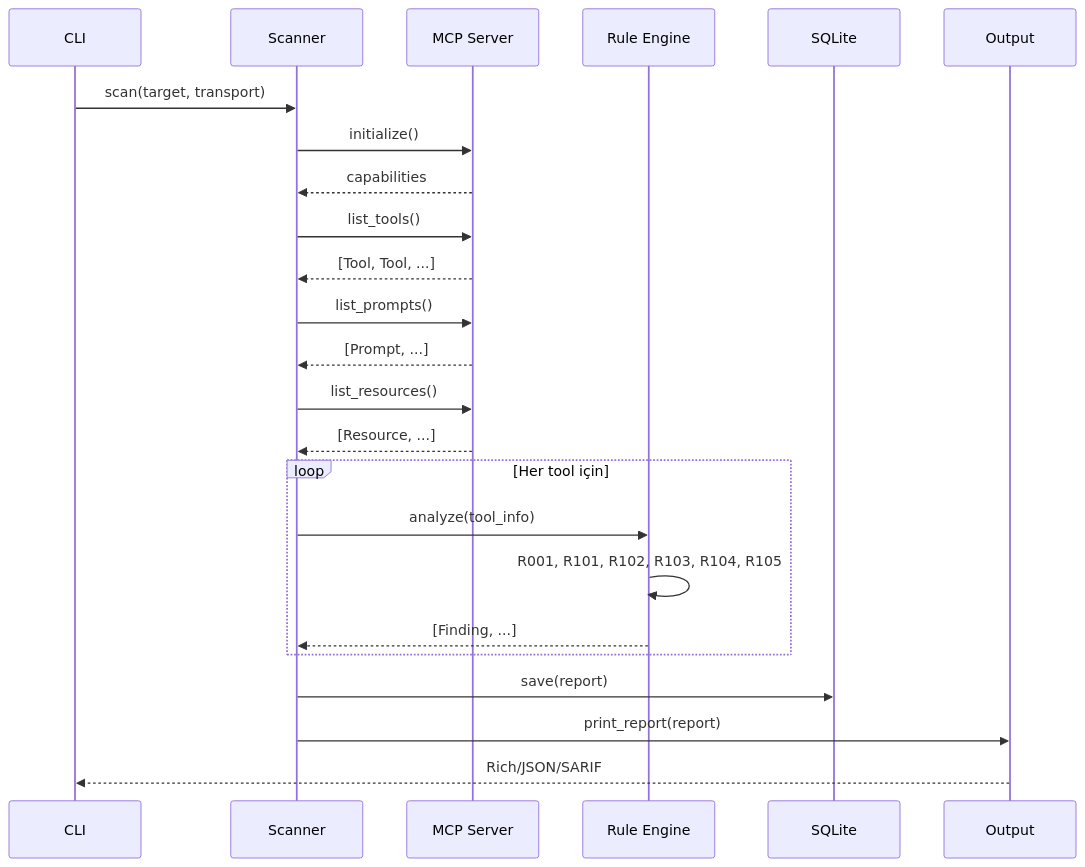
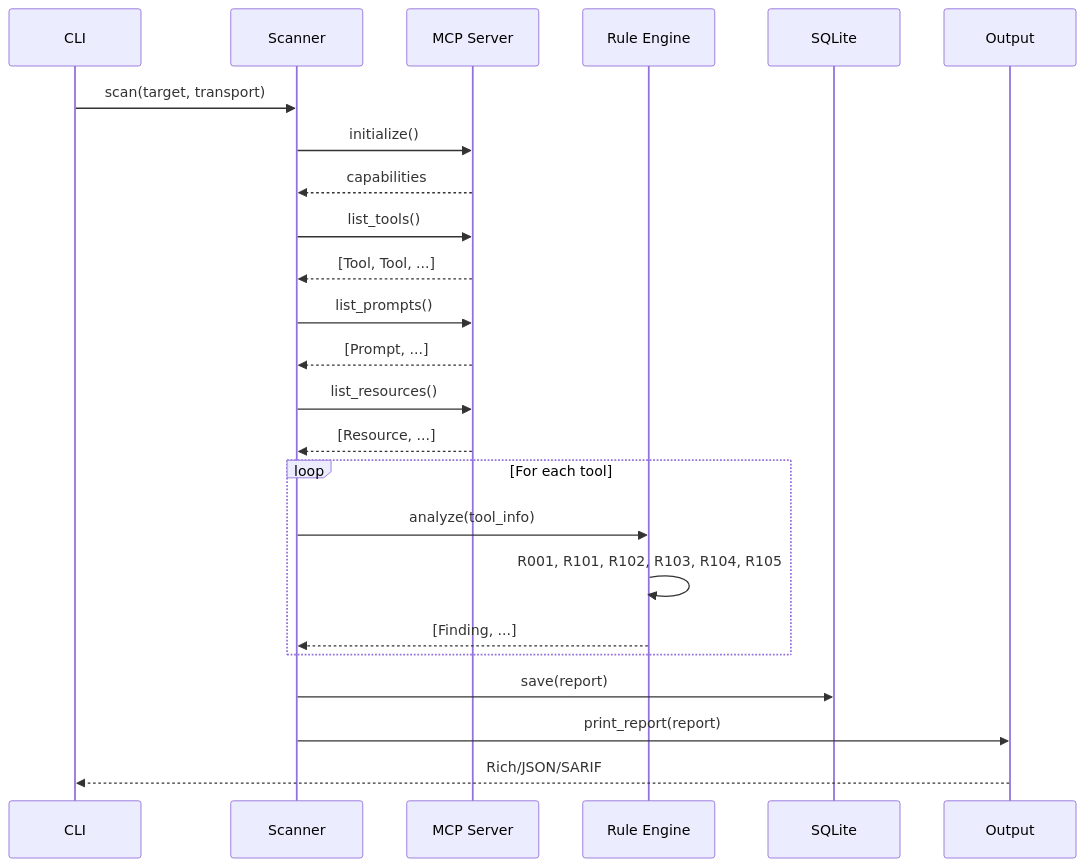
One commit to yatuk/mcpradar changed the diagram in docs/architecture.md. Above: the diagram before and after it, drawn with Mermaid. The commit also changed other lines of this file and 51 other files, not shown here.

````diff
--- a/docs/architecture.md
+++ b/docs/architecture.md
@@ -60,29 +60,29 @@
 ```mermaid
 sequenceDiagram
     participant CLI
     participant Scanner
     participant MCP as MCP Server
     participant Rules as Rule Engine
     participant Store as SQLite
     participant Output
 
     CLI->>Scanner: scan(target, transport)
     Scanner->>MCP: initialize()
     MCP-->>Scanner: capabilities
     Scanner->>MCP: list_tools()
     MCP-->>Scanner: [Tool, Tool, ...]
     Scanner->>MCP: list_prompts()
     MCP-->>Scanner: [Prompt, ...]
     Scanner->>MCP: list_resources()
     MCP-->>Scanner: [Resource, ...]
 
-    loop Her tool için
+    loop For each tool
         Scanner->>Rules: analyze(tool_info)
         Rules->>Rules: R001, R101, R102, R103, R104, R105
         Rules-->>Scanner: [Finding, ...]
     end
 
     Scanner->>Store: save(report)
     Scanner->>Output: print_report(report)
     Output-->>CLI: Rich/JSON/SARIF
 ```
````
